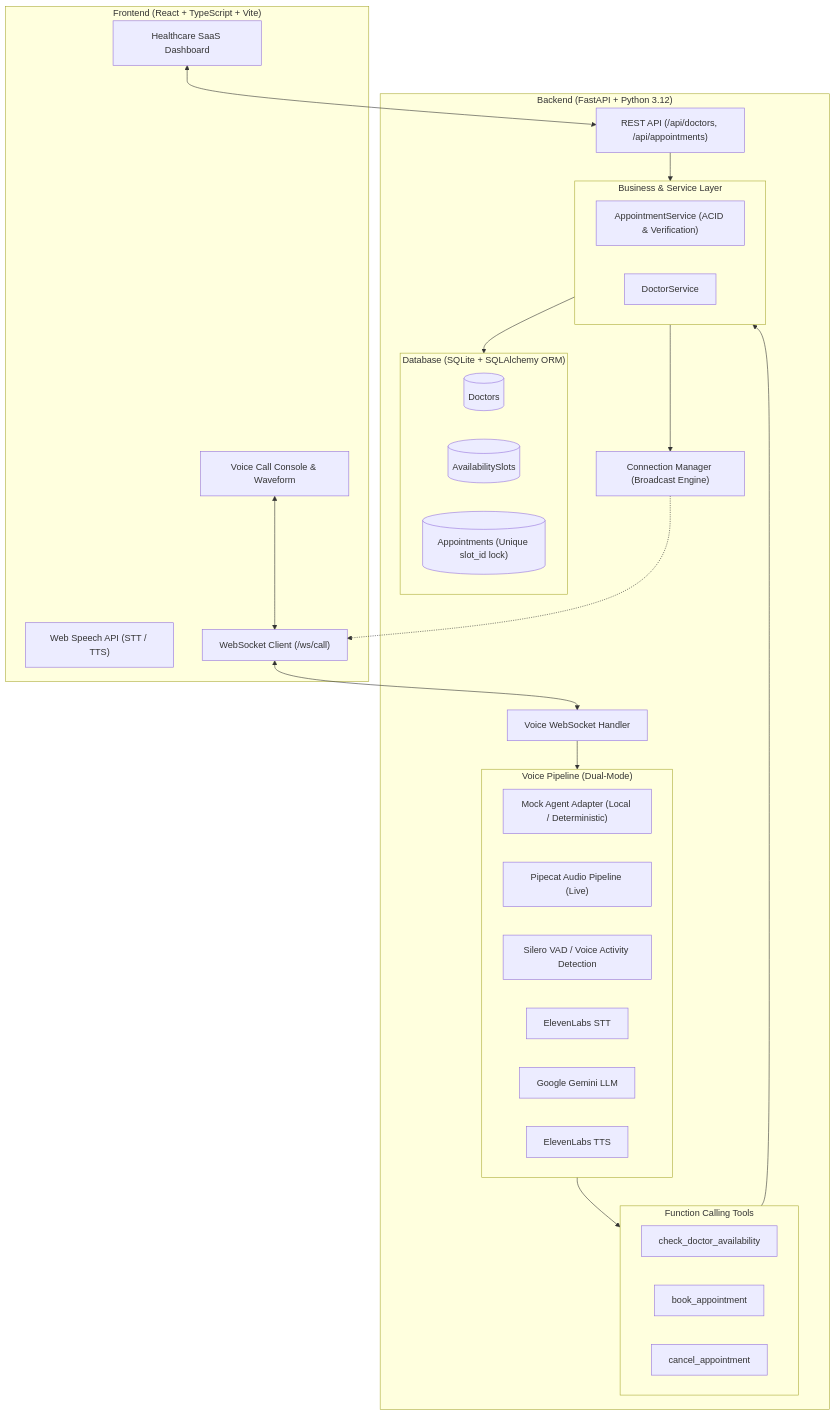
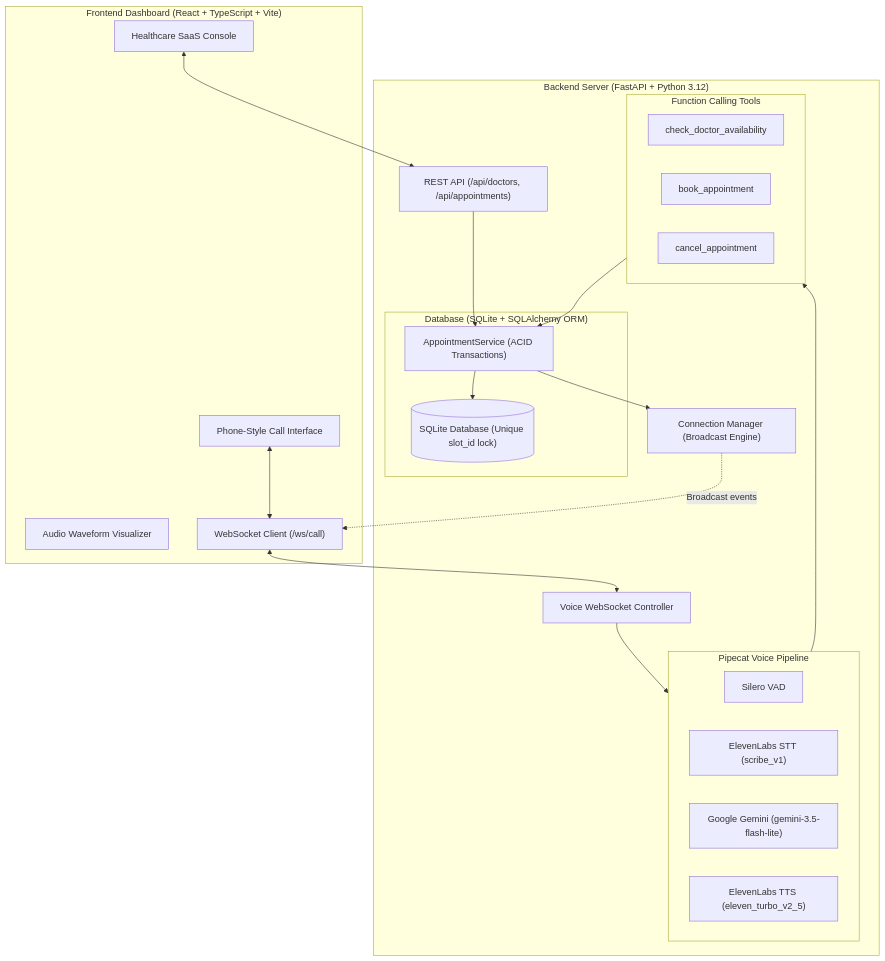
The diagram in README.md (Ashwani-yadav01/MediCall), drawn with Mermaid before and after one commit. The commit also changed other lines of this file, not shown here.

````diff
--- a/README.md
+++ b/README.md
@@ -11,52 +48,44 @@
 ```mermaid
 flowchart TD
-    subgraph Browser ["Frontend (React + TypeScript + Vite)"]
-        UI["Healthcare SaaS Dashboard"]
-        CallConsole["Voice Call Console & Waveform"]
-        WebSpeech["Web Speech API (STT / TTS)"]
+    subgraph Frontend ["Frontend Dashboard (React + TypeScript + Vite)"]
+        UI["Healthcare SaaS Console"]
+        CallScreen["Phone-Style Call Interface"]
+        Waveform["Audio Waveform Visualizer"]
         WSClient["WebSocket Client (/ws/call)"]
     end
 
-    subgraph Backend ["Backend (FastAPI + Python 3.12)"]
-        WSEndpoint["Voice WebSocket Handler"]
+    subgraph Backend ["Backend Server (FastAPI + Python 3.12)"]
+        WSEndpoint["Voice WebSocket Controller"]
         REST["REST API (/api/doctors, /api/appointments)"]
-        EventManager["Connection Manager (Broadcast Engine)"]
+        ConnManager["Connection Manager (Broadcast Engine)"]
 
-        subgraph Pipeline ["Voice Pipeline (Dual-Mode)"]
-            MockAdapter["Mock Agent Adapter (Local / Deterministic)"]
-            PipecatEngine["Pipecat Audio Pipeline (Live)"]
-            VAD["Silero VAD / Voice Activity Detection"]
-            ElevenSTT["ElevenLabs STT"]
-            GeminiLLM["Google Gemini LLM"]
-            ElevenTTS["ElevenLabs TTS"]
+        subgraph Pipeline ["Pipecat Voice Pipeline"]
+            VAD["Silero VAD"]
+            STT["ElevenLabs STT (scribe_v1)"]
+            LLM["Google Gemini (gemini-3.5-flash-lite)"]
+            TTS["ElevenLabs TTS (eleven_turbo_v2_5)"]
         end
 
         subgraph Tools ["Function Calling Tools"]
-            Tool1["check_doctor_availability"]
-            Tool2["book_appointment"]
-            Tool3["cancel_appointment"]
+            T1["check_doctor_availability"]
+            T2["book_appointment"]
+            T3["cancel_appointment"]
         end
 
-        subgraph ServiceLayer ["Business & Service Layer"]
-            AptService["AppointmentService (ACID & Verification)"]
-            DocService["DoctorService"]
-        end
-
-        subgraph DataLayer ["Database (SQLite + SQLAlchemy ORM)"]
-            DoctorsTbl[("Doctors")]
-            SlotsTbl[("AvailabilitySlots")]
-            AppointmentsTbl[("Appointments (Unique slot_id lock)")]
+        subgraph DatabaseLayer ["Database (SQLite + SQLAlchemy ORM)"]
+            AptService["AppointmentService (ACID Transactions)"]
+            DB[("SQLite Database (Unique slot_id lock)")]
         end
     end
 
-    CallConsole <--> WSClient
+    CallScreen <--> WSClient
     WSClient <--> WSEndpoint
-    UI <--> REST
-    REST --> ServiceLayer
     WSEndpoint --> Pipeline
     Pipeline --> Tools
-    Tools --> ServiceLayer
-    ServiceLayer --> DataLayer
-    ServiceLayer --> EventManager
-    EventManager -.-> WSClient
+    Tools --> AptService
+    AptService --> DB
+    AptService --> ConnManager
+    ConnManager -. Broadcast events .-> WSClient
+    UI <--> REST
+    REST --> AptService
 ```
````
